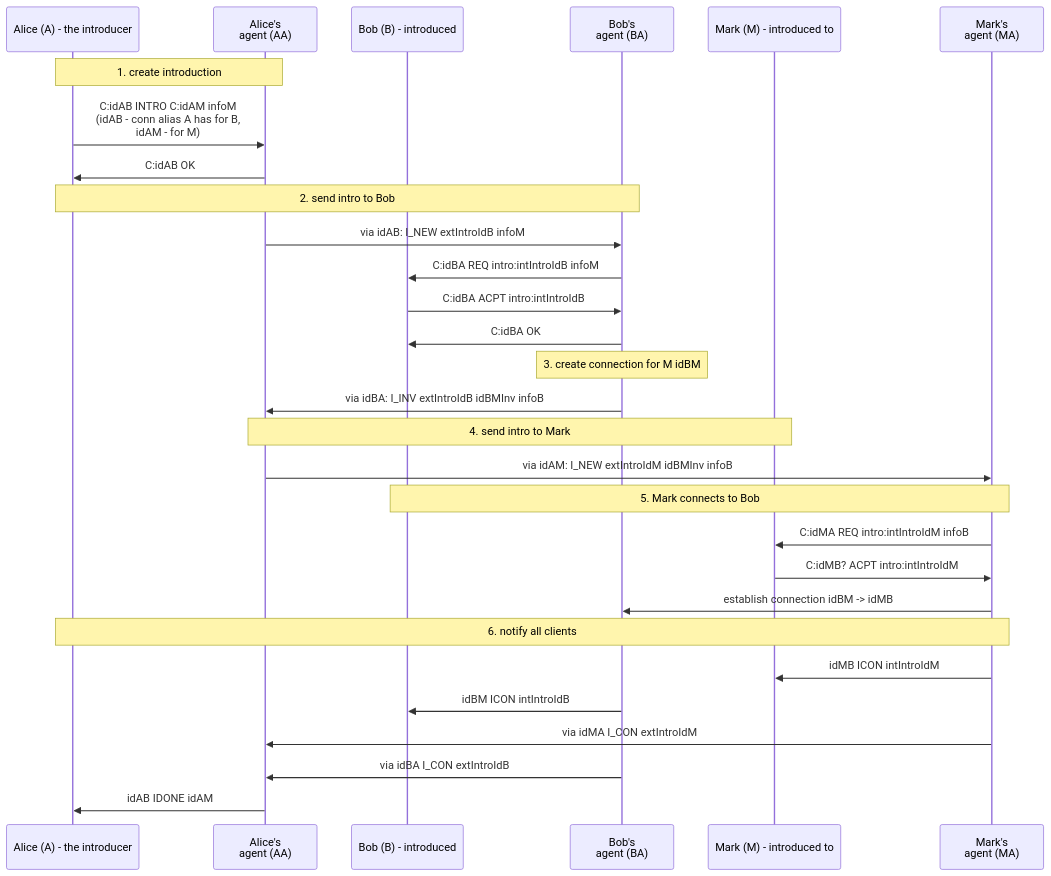
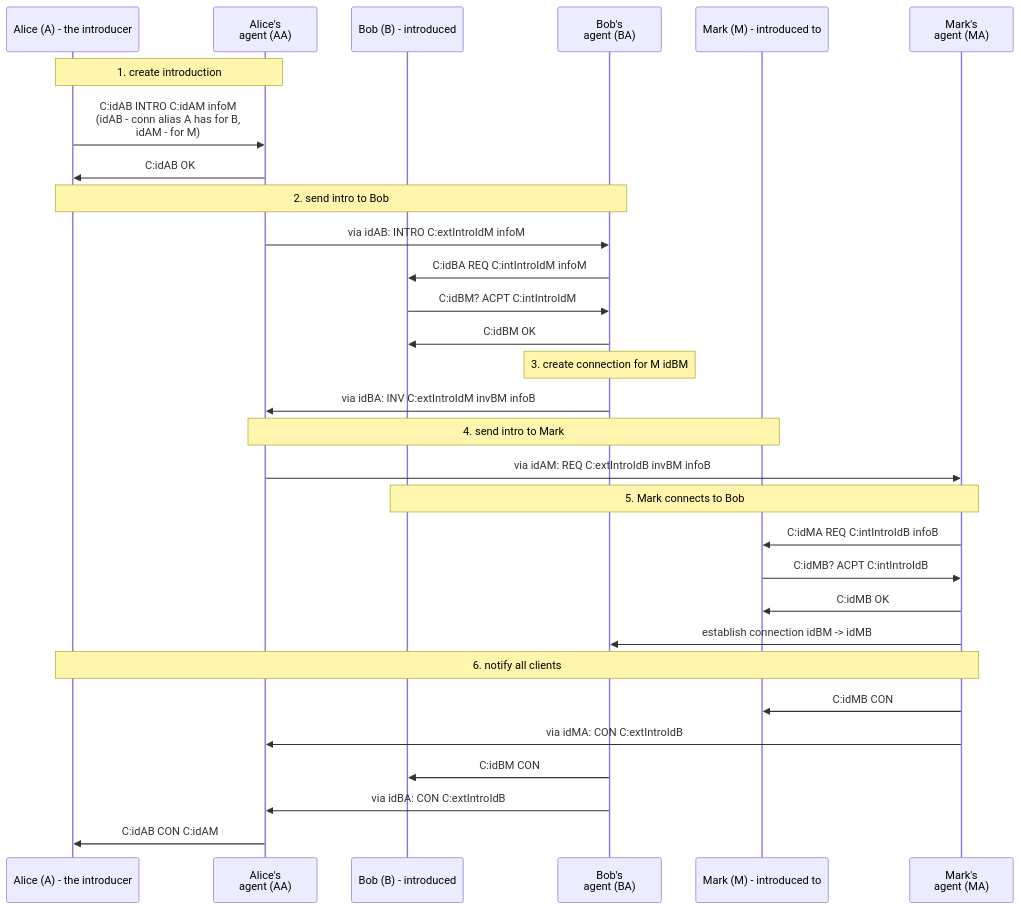
One commit to simplex-chat/simplexmq changed the diagram in rfcs/intro.mmd. Above: the diagram before and after it, drawn with Mermaid. The commit also changed 3 other files, not shown here.

```diff
--- a/rfcs/intro.mmd
+++ b/rfcs/intro.mmd
@@ -1,41 +1,42 @@
 sequenceDiagram
   participant A as Alice (A) - the introducer
   participant AA as Alice's<br>agent (AA)
   participant B as Bob (B) - introduced
   participant BA as Bob's<br>agent (BA)
   participant M as Mark (M) - introduced to
   participant MA as Mark's<br>agent (MA)
 
   note over A, AA: 1. create introduction
   A ->> AA: C:idAB INTRO C:idAM infoM<br>(idAB - conn alias A has for B,<br>idAM - for M)
   AA ->> A: C:idAB OK
 
   note over A, BA: 2. send intro to Bob
 
-  AA ->> BA: via idAB: I_NEW extIntroIdB infoM
-  BA ->> B: C:idBA REQ intro:intIntroIdB infoM
-  B ->> BA: C:idBA ACPT intro:intIntroIdB
-  BA ->> B: C:idBA OK
+  AA ->> BA: via idAB: INTRO C:extIntroIdM infoM
+  BA ->> B: C:idBA REQ C:intIntroIdM infoM
+  B ->> BA: C:idBM? ACPT C:intIntroIdM
+  BA ->> B: C:idBM OK
 
   note over BA: 3. create connection for  M idBM
 
-  BA ->> AA: via idBA: I_INV extIntroIdB idBMInv infoB
+  BA ->> AA: via idBA: INV C:extIntroIdM invBM infoB
 
   note over AA, M: 4. send intro to Mark
 
-  AA ->> MA: via idAM: I_NEW extIntroIdM idBMInv infoB
+  AA ->> MA: via idAM: REQ C:extIntroIdB invBM infoB
 
   note over MA, B: 5. Mark connects to Bob
 
-  MA ->> M: C:idMA REQ intro:intIntroIdM infoB
-  M ->> MA: C:idMB? ACPT intro:intIntroIdM
+  MA ->> M: C:idMA REQ C:intIntroIdB infoB
+  M ->> MA: C:idMB? ACPT C:intIntroIdB
+  MA ->> M: C:idMB OK
 
   MA ->> BA:  establish connection idBM -> idMB
 
   note over A, MA: 6. notify all clients
 
-  MA ->> M: idMB ICON intIntroIdM
-  BA ->> B: idBM ICON intIntroIdB
-  MA ->> AA: via idMA I_CON extIntroIdM
-  BA ->> AA: via idBA I_CON extIntroIdB
-  AA ->> A: idAB IDONE idAM
+  MA ->> M: C:idMB CON
+  MA ->> AA: via idMA: CON C:extIntroIdB
+  BA ->> B: C:idBM CON
+  BA ->> AA: via idBA: CON C:extIntroIdB
+  AA ->> A: C:idAB CON C:idAM
```
